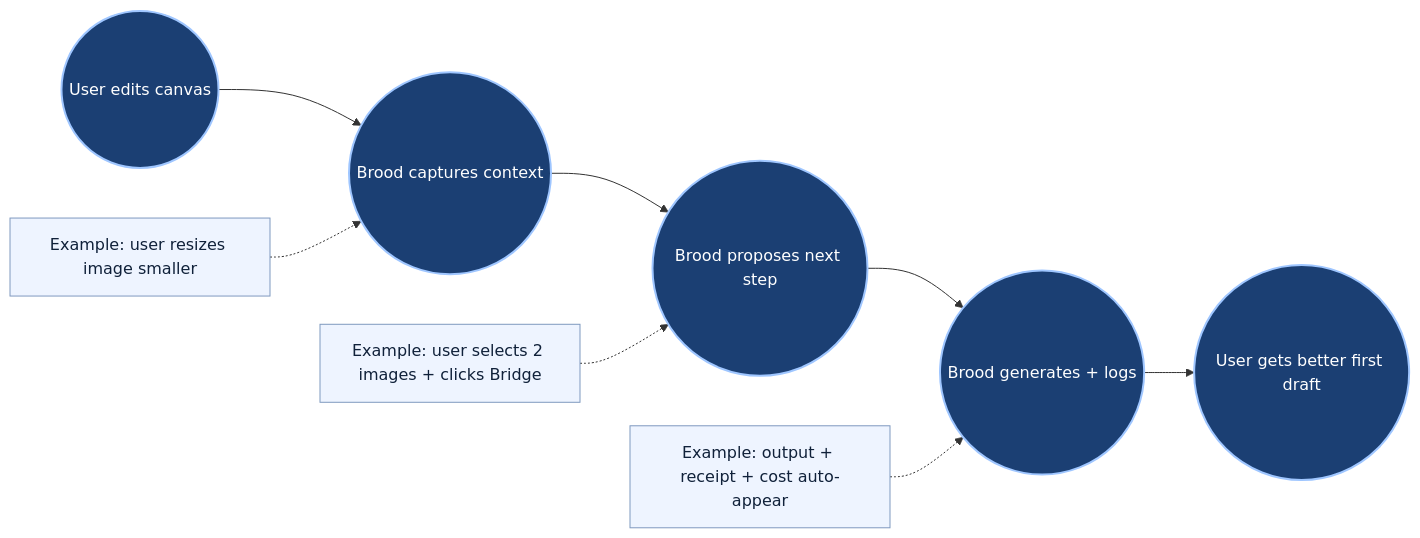
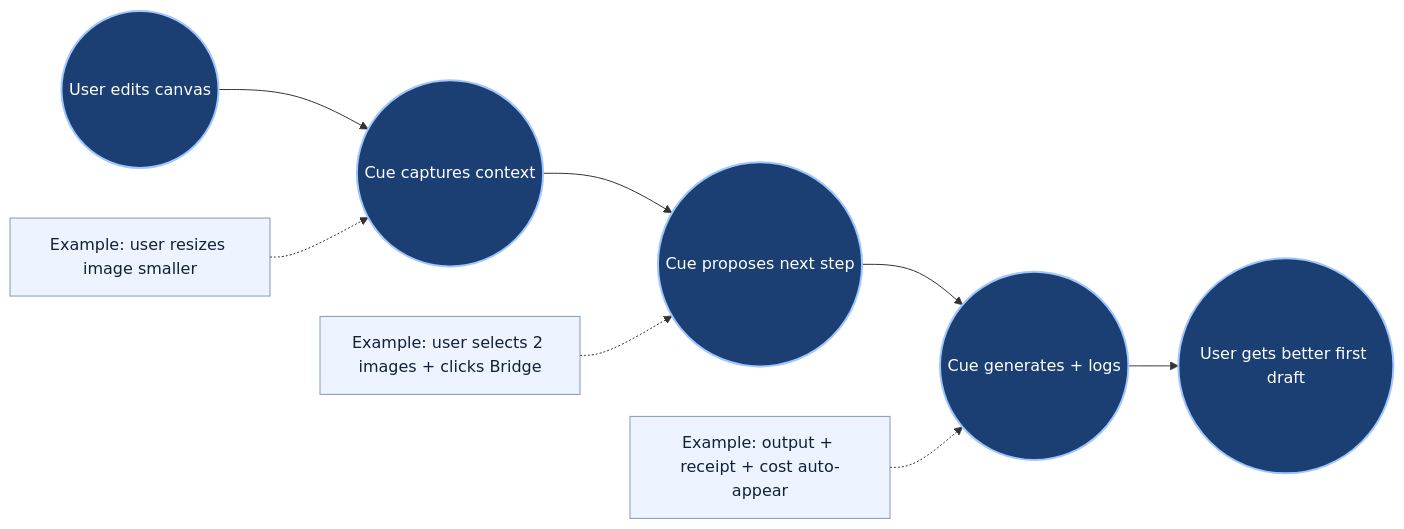
Before and after one commit to kevinshowkat/cue: the diagram in docs/assets/diagrams/realtime_canvas_user_benefits_story/src/value_chain.mmd, drawn with Mermaid. The commit also changed 108 other files, not shown here.

Commit message:
Rebrand brood runtime to cue

```diff
--- a/docs/assets/diagrams/realtime_canvas_user_benefits_story/src/value_chain.mmd
+++ b/docs/assets/diagrams/realtime_canvas_user_benefits_story/src/value_chain.mmd
@@ -1,21 +1,21 @@
 flowchart LR
   U((User edits canvas))
-  C((Brood captures context))
-  P((Brood proposes next step))
-  G((Brood generates + logs))
+  C((Cue captures context))
+  P((Cue proposes next step))
+  G((Cue generates + logs))
   B((User gets better first draft))
 
   U --> C --> P --> G --> B
 
   EX1["Example: user resizes image smaller"]
   EX2["Example: user selects 2 images + clicks Bridge"]
   EX3["Example: output + receipt + cost auto-appear"]
 
   EX1 -.-> C
   EX2 -.-> P
   EX3 -.-> G
 
   classDef core fill:#1b3f73,stroke:#9fc6ff,color:#ffffff,stroke-width:2px;
   classDef ex fill:#eef4ff,stroke:#7f99bf,color:#10213a,stroke-width:1px;
   class U,C,P,G,B core;
   class EX1,EX2,EX3 ex;
```
